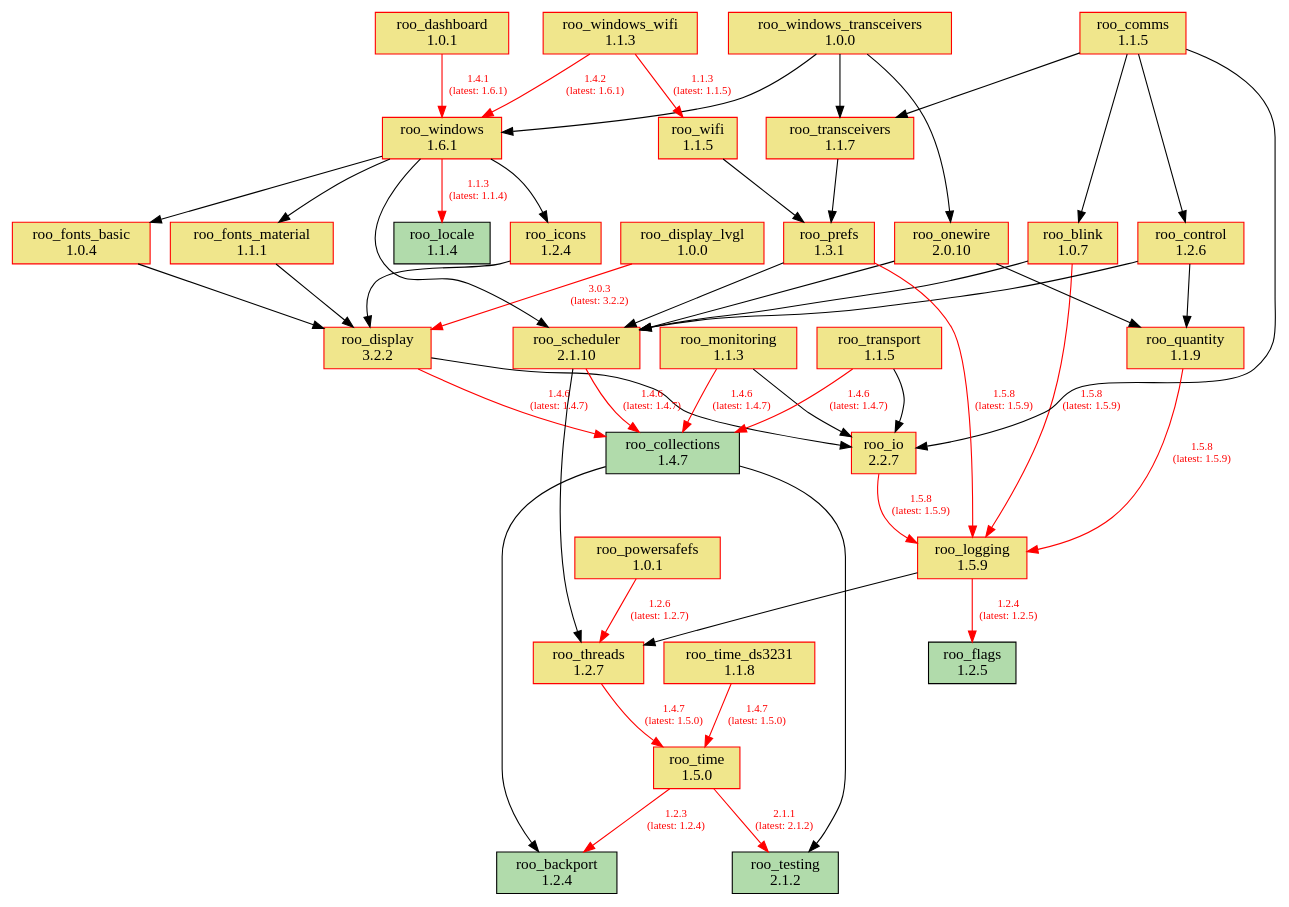
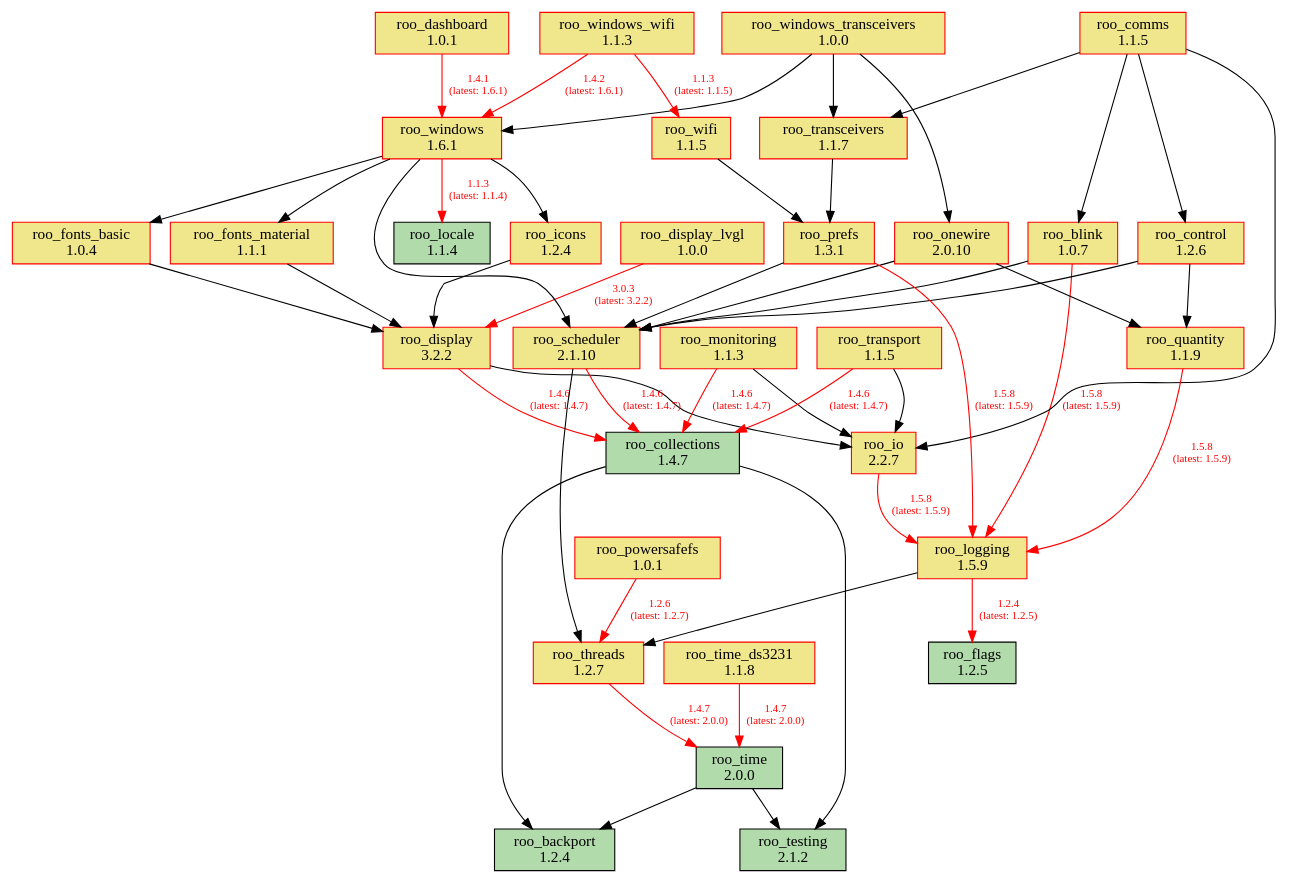
One commit to dejwk/roo-registry changed the diagram in doc/dependencies.dot. Above: the diagram before and after it, drawn with Graphviz. The commit also changed 3 other files, not shown here.

Commit message:
Added roo_time 2.0.0 to the registry.

```diff
--- a/doc/dependencies.dot
+++ b/doc/dependencies.dot
@@ -1,88 +1,88 @@
 digraph dependencies {
     rankdir=TB;
     node [shape=box, style=filled];
     edge [fontsize=10];
 
     // Modules
     "roo_backport" [label="roo_backport\n1.2.4", fillcolor="#b1dbab", color="black"];
     "roo_blink" [label="roo_blink\n1.0.7", fillcolor="khaki", color="red"];
     "roo_collections" [label="roo_collections\n1.4.7", fillcolor="#b1dbab", color="black"];
     "roo_comms" [label="roo_comms\n1.1.5", fillcolor="khaki", color="red"];
     "roo_control" [label="roo_control\n1.2.6", fillcolor="khaki", color="red"];
     "roo_dashboard" [label="roo_dashboard\n1.0.1", fillcolor="khaki", color="red"];
     "roo_display" [label="roo_display\n3.2.2", fillcolor="khaki", color="red"];
     "roo_display_lvgl" [label="roo_display_lvgl\n1.0.0", fillcolor="khaki", color="red"];
     "roo_flags" [label="roo_flags\n1.2.5", fillcolor="#b1dbab", color="black"];
     "roo_fonts_basic" [label="roo_fonts_basic\n1.0.4", fillcolor="khaki", color="red"];
     "roo_fonts_material" [label="roo_fonts_material\n1.1.1", fillcolor="khaki", color="red"];
     "roo_icons" [label="roo_icons\n1.2.4", fillcolor="khaki", color="red"];
     "roo_io" [label="roo_io\n2.2.7", fillcolor="khaki", color="red"];
     "roo_locale" [label="roo_locale\n1.1.4", fillcolor="#b1dbab", color="black"];
     "roo_logging" [label="roo_logging\n1.5.9", fillcolor="khaki", color="red"];
     "roo_monitoring" [label="roo_monitoring\n1.1.3", fillcolor="khaki", color="red"];
     "roo_onewire" [label="roo_onewire\n2.0.10", fillcolor="khaki", color="red"];
     "roo_powersafefs" [label="roo_powersafefs\n1.0.1", fillcolor="khaki", color="red"];
     "roo_prefs" [label="roo_prefs\n1.3.1", fillcolor="khaki", color="red"];
     "roo_quantity" [label="roo_quantity\n1.1.9", fillcolor="khaki", color="red"];
     "roo_scheduler" [label="roo_scheduler\n2.1.10", fillcolor="khaki", color="red"];
     "roo_testing" [label="roo_testing\n2.1.2", fillcolor="#b1dbab", color="black"];
     "roo_threads" [label="roo_threads\n1.2.7", fillcolor="khaki", color="red"];
-    "roo_time" [label="roo_time\n1.5.0", fillcolor="khaki", color="red"];
+    "roo_time" [label="roo_time\n2.0.0", fillcolor="#b1dbab", color="black"];
     "roo_time_ds3231" [label="roo_time_ds3231\n1.1.8", fillcolor="khaki", color="red"];
     "roo_transceivers" [label="roo_transceivers\n1.1.7", fillcolor="khaki", color="red"];
     "roo_transport" [label="roo_transport\n1.1.5", fillcolor="khaki", color="red"];
     "roo_wifi" [label="roo_wifi\n1.1.5", fillcolor="khaki", color="red"];
     "roo_windows" [label="roo_windows\n1.6.1", fillcolor="khaki", color="red"];
     "roo_windows_transceivers" [label="roo_windows_transceivers\n1.0.0", fillcolor="khaki", color="red"];
     "roo_windows_wifi" [label="roo_windows_wifi\n1.1.3", fillcolor="khaki", color="red"];
 
     // Dependencies
     "roo_blink" -> "roo_logging" [color=red, fontcolor=red, label="1.5.8\n(latest: 1.5.9)"];
     "roo_blink" -> "roo_scheduler";
     "roo_collections" -> "roo_testing";
     "roo_collections" -> "roo_backport";
     "roo_comms" -> "roo_blink";
     "roo_comms" -> "roo_control";
     "roo_comms" -> "roo_io";
     "roo_comms" -> "roo_transceivers";
     "roo_control" -> "roo_quantity";
     "roo_control" -> "roo_scheduler";
     "roo_dashboard" -> "roo_windows" [color=red, fontcolor=red, label="1.4.1\n(latest: 1.6.1)"];
     "roo_display" -> "roo_collections" [color=red, fontcolor=red, label="1.4.6\n(latest: 1.4.7)"];
     "roo_display" -> "roo_io";
     "roo_display_lvgl" -> "roo_display" [color=red, fontcolor=red, label="3.0.3\n(latest: 3.2.2)"];
     "roo_fonts_basic" -> "roo_display";
     "roo_fonts_material" -> "roo_display";
     "roo_icons" -> "roo_display";
     "roo_io" -> "roo_logging" [color=red, fontcolor=red, label="1.5.8\n(latest: 1.5.9)"];
     "roo_logging" -> "roo_flags" [color=red, fontcolor=red, label="1.2.4\n(latest: 1.2.5)"];
     "roo_logging" -> "roo_threads";
     "roo_monitoring" -> "roo_collections" [color=red, fontcolor=red, label="1.4.6\n(latest: 1.4.7)"];
     "roo_monitoring" -> "roo_io";
     "roo_onewire" -> "roo_scheduler";
     "roo_onewire" -> "roo_quantity";
     "roo_powersafefs" -> "roo_threads" [color=red, fontcolor=red, label="1.2.6\n(latest: 1.2.7)"];
     "roo_prefs" -> "roo_logging" [color=red, fontcolor=red, label="1.5.8\n(latest: 1.5.9)"];
     "roo_prefs" -> "roo_scheduler";
     "roo_quantity" -> "roo_logging" [color=red, fontcolor=red, label="1.5.8\n(latest: 1.5.9)"];
     "roo_scheduler" -> "roo_collections" [color=red, fontcolor=red, label="1.4.6\n(latest: 1.4.7)"];
     "roo_scheduler" -> "roo_threads";
-    "roo_threads" -> "roo_time" [color=red, fontcolor=red, label="1.4.7\n(latest: 1.5.0)"];
-    "roo_time" -> "roo_testing" [color=red, fontcolor=red, label="2.1.1\n(latest: 2.1.2)"];
-    "roo_time" -> "roo_backport" [color=red, fontcolor=red, label="1.2.3\n(latest: 1.2.4)"];
-    "roo_time_ds3231" -> "roo_time" [color=red, fontcolor=red, label="1.4.7\n(latest: 1.5.0)"];
+    "roo_threads" -> "roo_time" [color=red, fontcolor=red, label="1.4.7\n(latest: 2.0.0)"];
+    "roo_time" -> "roo_testing";
+    "roo_time" -> "roo_backport";
+    "roo_time_ds3231" -> "roo_time" [color=red, fontcolor=red, label="1.4.7\n(latest: 2.0.0)"];
     "roo_transceivers" -> "roo_prefs";
     "roo_transport" -> "roo_collections" [color=red, fontcolor=red, label="1.4.6\n(latest: 1.4.7)"];
     "roo_transport" -> "roo_io";
     "roo_wifi" -> "roo_prefs";
     "roo_windows" -> "roo_fonts_basic";
     "roo_windows" -> "roo_fonts_material";
     "roo_windows" -> "roo_locale" [color=red, fontcolor=red, label="1.1.3\n(latest: 1.1.4)"];
     "roo_windows" -> "roo_icons";
     "roo_windows" -> "roo_scheduler";
     "roo_windows_transceivers" -> "roo_onewire";
     "roo_windows_transceivers" -> "roo_transceivers";
     "roo_windows_transceivers" -> "roo_windows";
     "roo_windows_wifi" -> "roo_wifi" [color=red, fontcolor=red, label="1.1.3\n(latest: 1.1.5)"];
     "roo_windows_wifi" -> "roo_windows" [color=red, fontcolor=red, label="1.4.2\n(latest: 1.6.1)"];
 }
```
